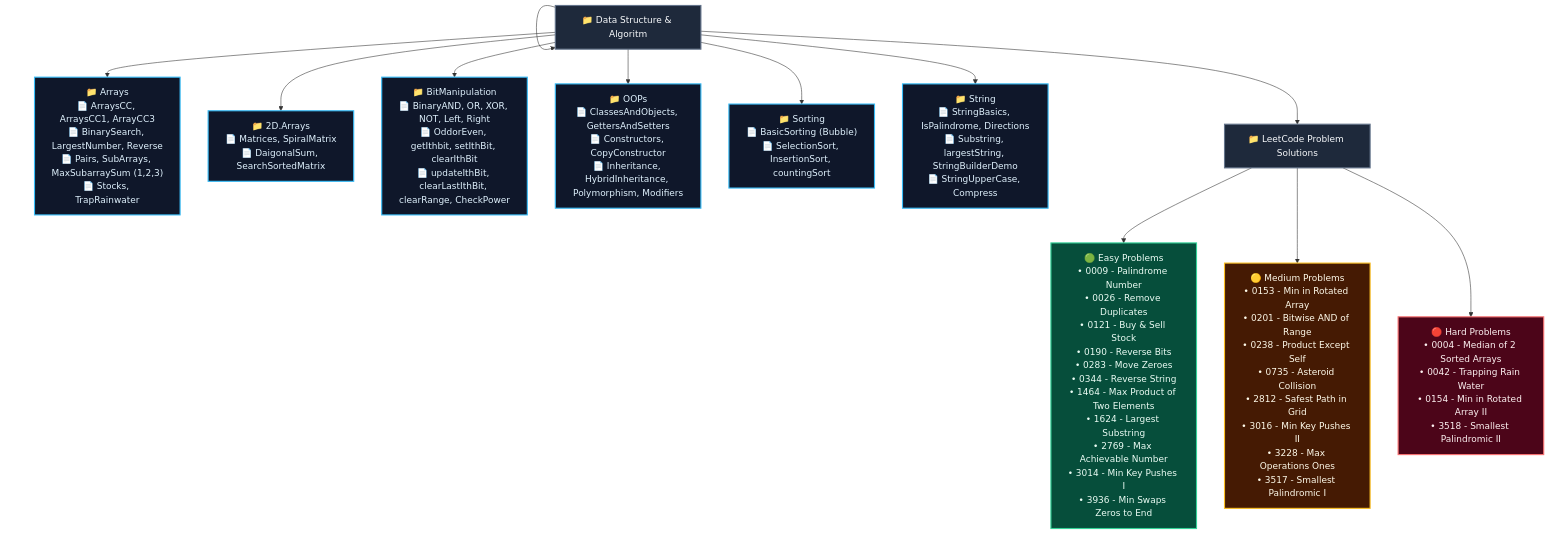
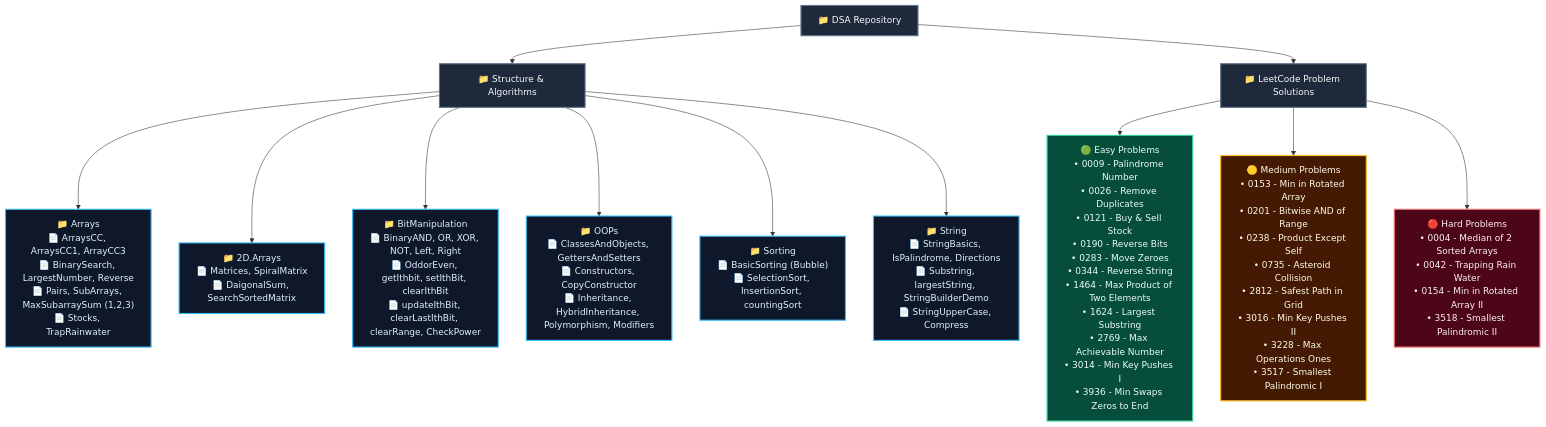
Before and after one commit to raghuvanshi-sec/DSA: the diagram in README.md, drawn with Mermaid.

Commit message:
refactor: update README flowchart labels and hierarchy for consistency

````diff
--- a/README.md
+++ b/README.md
@@ -160,34 +160,34 @@
 ```mermaid
 flowchart TD
     DSA["📁 DSA Repository"]
     
     %% Categories
-    DSA --> DSA["📁 Data Structure & Algoritm"]
+    DSA --> Core["📁 Structure & Algorithms"]
     DSA --> LC["📁 LeetCode Problem Solutions"]
     
     %% DSA Breakdown
-    DSA --> Arrays["📁 Arrays<br/>📄 ArraysCC, ArraysCC1, ArrayCC3<br/>📄 BinarySearch, LargestNumber, Reverse<br/>📄 Pairs, SubArrays, MaxSubarraySum (1,2,3)<br/>📄 Stocks, TrapRainwater"]
-    DSA --> 2DArrays["📁 2D.Arrays<br/>📄 Matrices, SpiralMatrix<br/>📄 DaigonalSum, SearchSortedMatrix"]
-    DSA --> Bitwise["📁 BitManipulation<br/>📄 BinaryAND, OR, XOR, NOT, Left, Right<br/>📄 OddorEven, getIthbit, setIthBit, clearIthBit<br/>📄 updateIthBit, clearLastIthBit, clearRange, CheckPower"]
-    DSA --> OOPs["📁 OOPs<br/>📄 ClassesAndObjects, GettersAndSetters<br/>📄 Constructors, CopyConstructor<br/>📄 Inheritance, HybridInheritance, Polymorphism, Modifiers"]
-    DSA --> Sorting["📁 Sorting<br/>📄 BasicSorting (Bubble)<br/>📄 SelectionSort, InsertionSort, countingSort"]
-    DSA --> String["📁 String<br/>📄 StringBasics, IsPalindrome, Directions<br/>📄 Substring, largestString, StringBuilderDemo<br/>📄 StringUpperCase, Compress"]
+    Core --> Arrays["📁 Arrays<br/>📄 ArraysCC, ArraysCC1, ArrayCC3<br/>📄 BinarySearch, LargestNumber, Reverse<br/>📄 Pairs, SubArrays, MaxSubarraySum (1,2,3)<br/>📄 Stocks, TrapRainwater"]
+    Core --> 2DArrays["📁 2D.Arrays<br/>📄 Matrices, SpiralMatrix<br/>📄 DaigonalSum, SearchSortedMatrix"]
+    Core --> Bitwise["📁 BitManipulation<br/>📄 BinaryAND, OR, XOR, NOT, Left, Right<br/>📄 OddorEven, getIthbit, setIthBit, clearIthBit<br/>📄 updateIthBit, clearLastIthBit, clearRange, CheckPower"]
+    Core --> OOPs["📁 OOPs<br/>📄 ClassesAndObjects, GettersAndSetters<br/>📄 Constructors, CopyConstructor<br/>📄 Inheritance, HybridInheritance, Polymorphism, Modifiers"]
+    Core --> Sorting["📁 Sorting<br/>📄 BasicSorting (Bubble)<br/>📄 SelectionSort, InsertionSort, countingSort"]
+    Core --> String["📁 String<br/>📄 StringBasics, IsPalindrome, Directions<br/>📄 Substring, largestString, StringBuilderDemo<br/>📄 StringUpperCase, Compress"]
     
     %% LeetCode Breakdown
     LC --> Easy["🟢 Easy Problems<br/>• 0009 - Palindrome Number<br/>• 0026 - Remove Duplicates<br/>• 0121 - Buy & Sell Stock<br/>• 0190 - Reverse Bits<br/>• 0283 - Move Zeroes<br/>• 0344 - Reverse String<br/>• 1464 - Max Product of Two Elements<br/>• 1624 - Largest Substring<br/>• 2769 - Max Achievable Number<br/>• 3014 - Min Key Pushes I<br/>• 3936 - Min Swaps Zeros to End"]
     LC --> Medium["🟡 Medium Problems<br/>• 0153 - Min in Rotated Array<br/>• 0201 - Bitwise AND of Range<br/>• 0238 - Product Except Self<br/>• 0735 - Asteroid Collision<br/>• 2812 - Safest Path in Grid<br/>• 3016 - Min Key Pushes II<br/>• 3228 - Max Operations Ones<br/>• 3517 - Smallest Palindromic I"]
     LC --> Hard["🔴 Hard Problems<br/>• 0004 - Median of 2 Sorted Arrays<br/>• 0042 - Trapping Rain Water<br/>• 0154 - Min in Rotated Array II<br/>• 3518 - Smallest Palindromic II"]
 
     %% Styling
     classDef main fill:#1e293b,stroke:#64748b,stroke-width:2px,color:#f8fafc;
     classDef folder fill:#0f172a,stroke:#38bdf8,stroke-width:2px,color:#e0f2fe;
     classDef easy fill:#064e3b,stroke:#34d399,stroke-width:2px,color:#ecfdf5;
     classDef medium fill:#451a03,stroke:#fbbf24,stroke-width:2px,color:#fffbeb;
     classDef hard fill:#4c0519,stroke:#f87171,stroke-width:2px,color:#fef2f2;
     
     class DSA,Core,LC main;
     class Arrays,2DArrays,Bitwise,OOPs,Sorting,String folder;
     class Easy easy;
     class Medium medium;
     class Hard hard;
 ```
````
